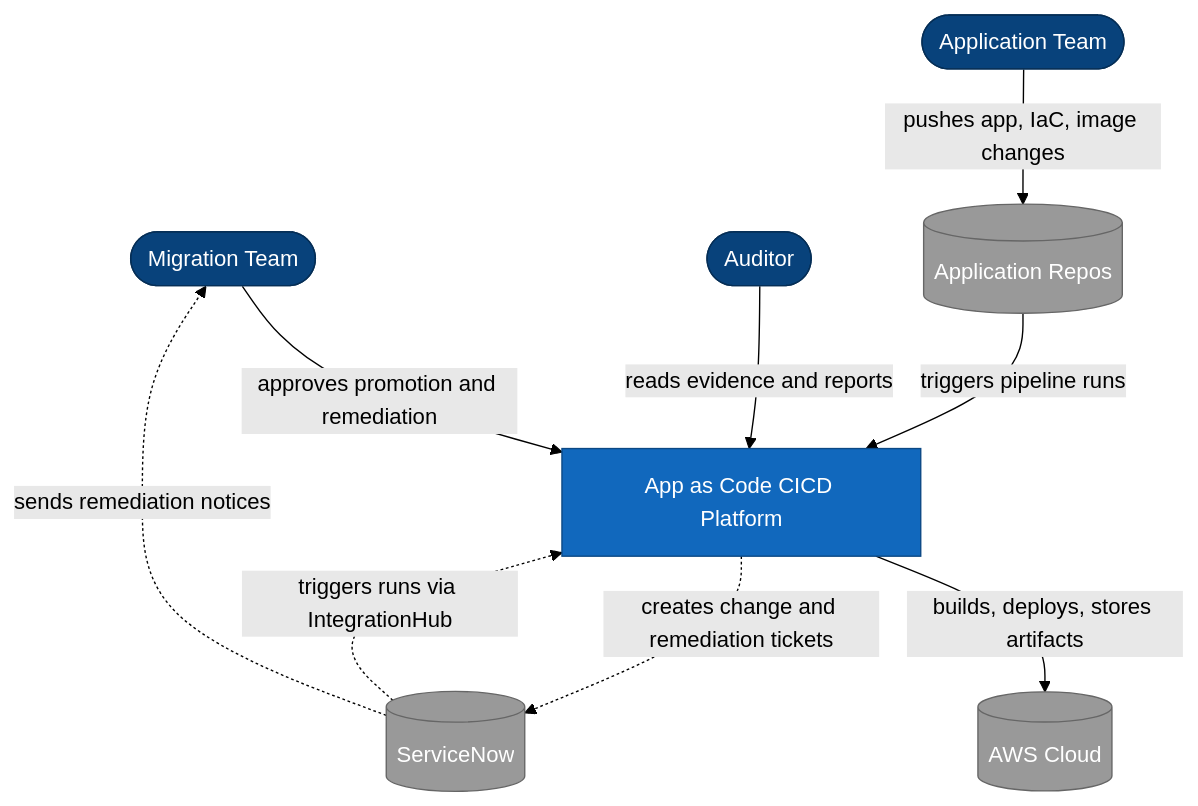
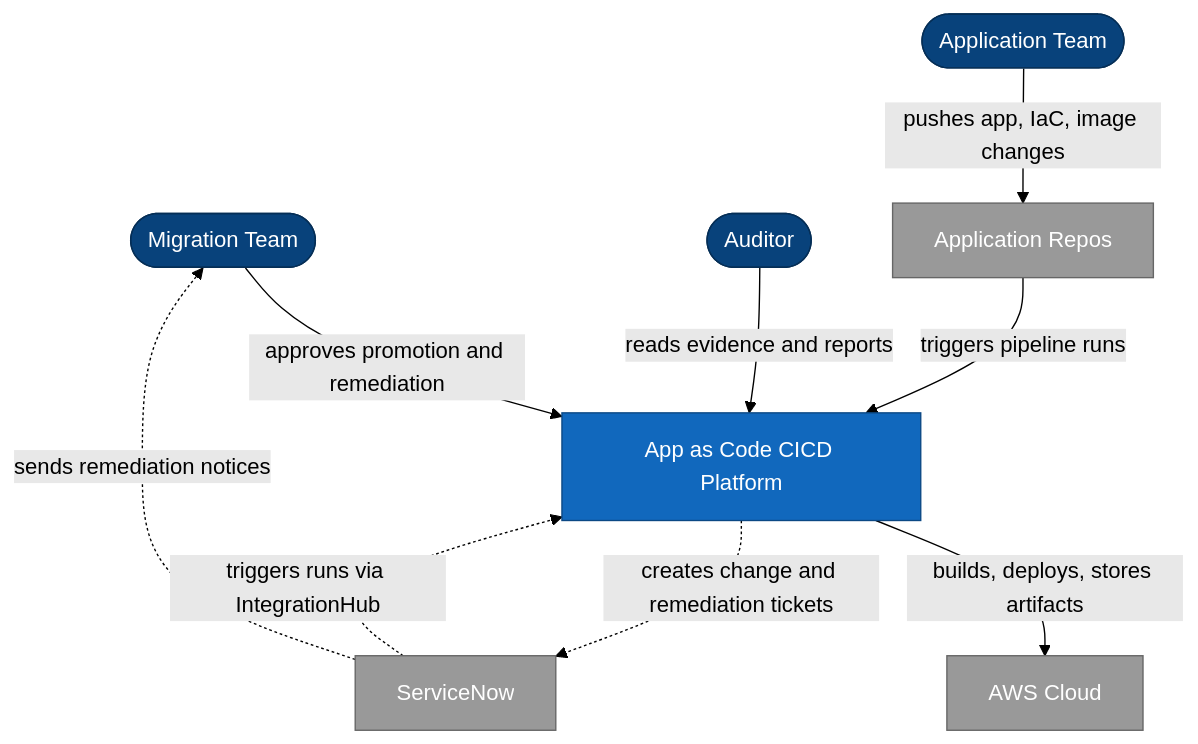
The diagram in architecture/c4-context-drawio.mmd (wingt903/CICD), drawn with Mermaid (forest theme) before and after one commit. The commit also changed 2 other files, not shown here.

Commit message:
Use box shapes instead of database shapes in C4 diagrams

```diff
--- a/architecture/c4-context-drawio.mmd
+++ b/architecture/c4-context-drawio.mmd
@@ -1,33 +1,33 @@
 graph TB
     %% C4 Context (Level 1) - draw.io compatible
     %% People
     migTeam([Migration Team])
     appTeam([Application Team])
     auditor([Auditor])
 
     %% System under design
     cicd[App as Code CICD Platform]
 
     %% External systems
-    appRepos[(Application Repos)]
-    aws[(AWS Cloud)]
-    sn[(ServiceNow)]
+    appRepos[Application Repos]
+    aws[AWS Cloud]
+    sn[ServiceNow]
 
     %% Relationships
     migTeam -->|approves promotion and remediation| cicd
     appTeam -->|pushes app, IaC, image changes| appRepos
     appRepos -->|triggers pipeline runs| cicd
     auditor -->|reads evidence and reports| cicd
     cicd -->|builds, deploys, stores artifacts| aws
     cicd -.->|creates change and remediation tickets| sn
     sn -.->|triggers runs via IntegrationHub| cicd
     sn -.->|sends remediation notices| migTeam
 
     %% Styling
     style cicd fill:#1168BD,color:#ffffff,stroke:#0b4884
     style migTeam fill:#08427B,color:#ffffff,stroke:#052E56
     style appTeam fill:#08427B,color:#ffffff,stroke:#052E56
     style auditor fill:#08427B,color:#ffffff,stroke:#052E56
     style appRepos fill:#999999,color:#ffffff,stroke:#666666
     style aws fill:#999999,color:#ffffff,stroke:#666666
     style sn fill:#999999,color:#ffffff,stroke:#666666
```
